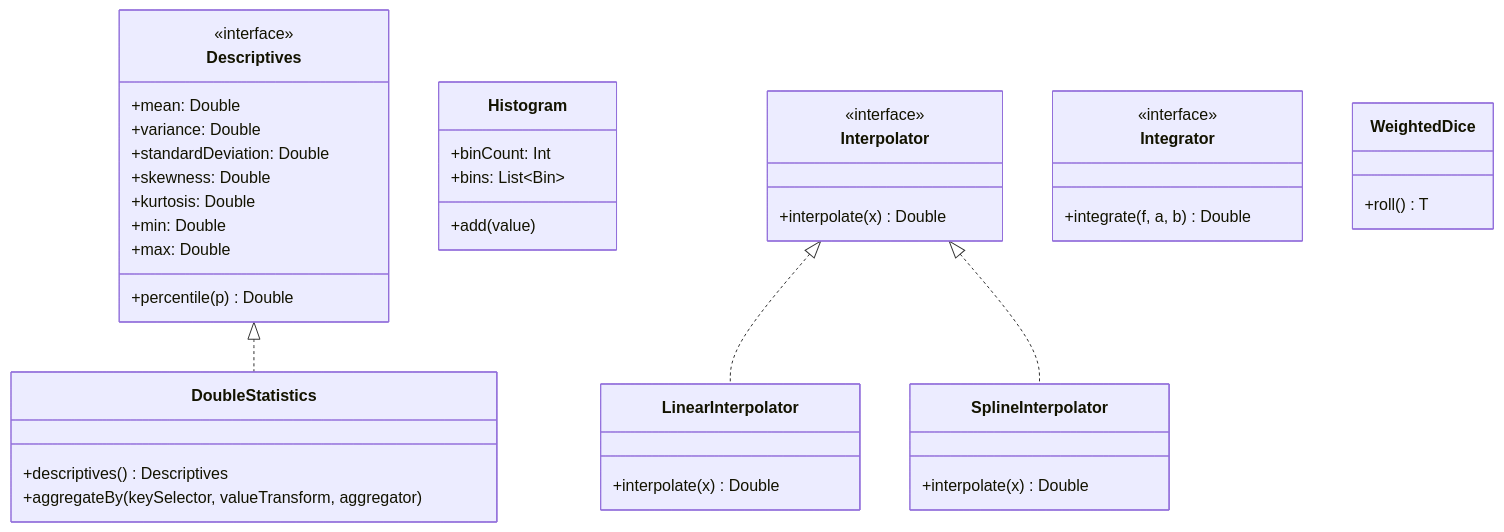
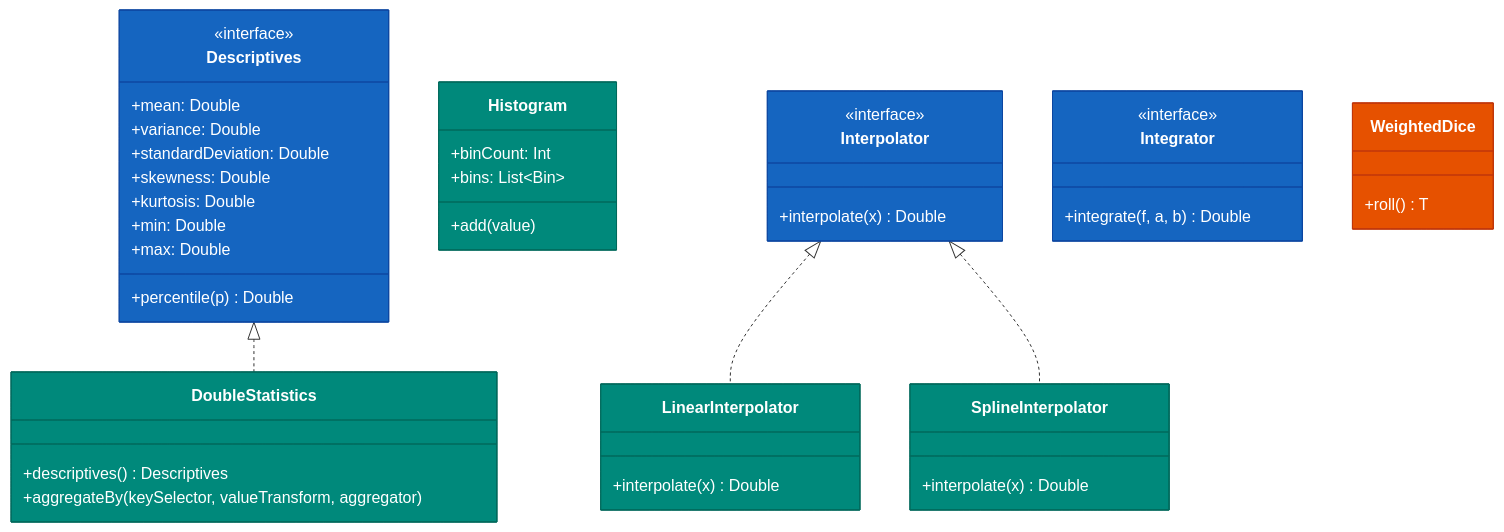
One commit to bluetape4k/bluetape4k-projects changed the second of 2 diagrams in utils/math/README.md. Above: the diagram before and after it, drawn with Mermaid. The commit also changed other lines of this file and 221 other files, not shown here.

First line of the commit message:
docs: 전체 모듈 README UML 다이어그램 보강 및 색상 업그레이드

````diff
--- a/utils/math/README.md
+++ b/utils/math/README.md
@@ -63,44 +78,53 @@
 ```mermaid
 classDiagram
     class Descriptives {
         <<interface>>
         +mean: Double
         +variance: Double
         +standardDeviation: Double
         +skewness: Double
         +kurtosis: Double
         +min: Double
         +max: Double
         +percentile(p) Double
     }
     class DoubleStatistics {
         +descriptives() Descriptives
         +aggregateBy(keySelector, valueTransform, aggregator)
     }
     class Histogram {
         +add(value)
         +binCount: Int
         +bins: List~Bin~
     }
     class Interpolator {
         <<interface>>
         +interpolate(x) Double
     }
     class LinearInterpolator {
         +interpolate(x) Double
     }
     class SplineInterpolator {
         +interpolate(x) Double
     }
     class Integrator {
         <<interface>>
         +integrate(f, a, b) Double
     }
     class WeightedDice {
         +roll() T
     }
 
     Descriptives <|.. DoubleStatistics
     Interpolator <|.. LinearInterpolator
     Interpolator <|.. SplineInterpolator
+
+    style Descriptives fill:#1565C0,stroke:#0D47A1,color:#FFFFFF
+    style Interpolator fill:#1565C0,stroke:#0D47A1,color:#FFFFFF
+    style Integrator fill:#1565C0,stroke:#0D47A1,color:#FFFFFF
+    style DoubleStatistics fill:#00897B,stroke:#00695C,color:#FFFFFF
+    style Histogram fill:#00897B,stroke:#00695C,color:#FFFFFF
+    style LinearInterpolator fill:#00897B,stroke:#00695C,color:#FFFFFF
+    style SplineInterpolator fill:#00897B,stroke:#00695C,color:#FFFFFF
+    style WeightedDice fill:#E65100,stroke:#BF360C,color:#FFFFFF
 ```
````
